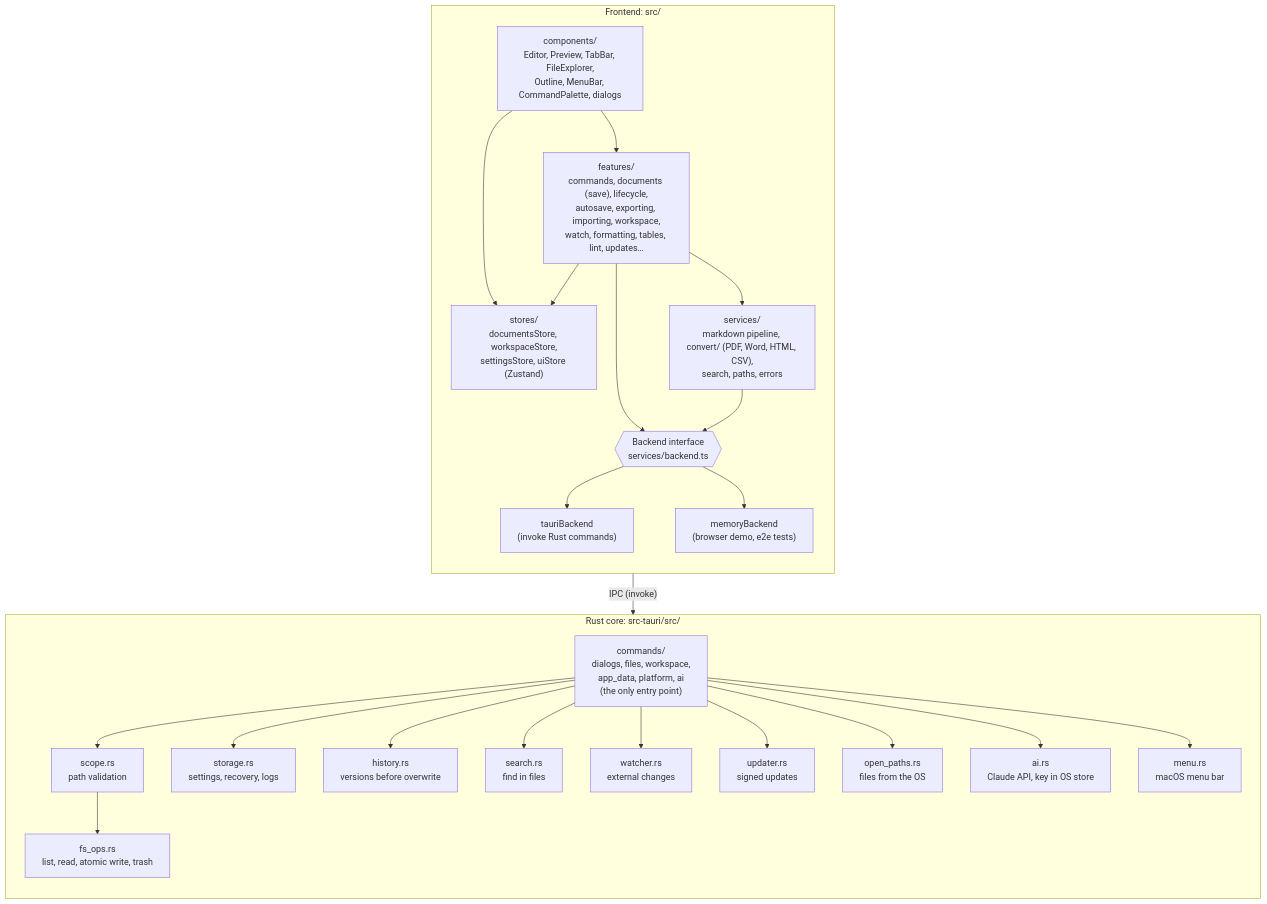
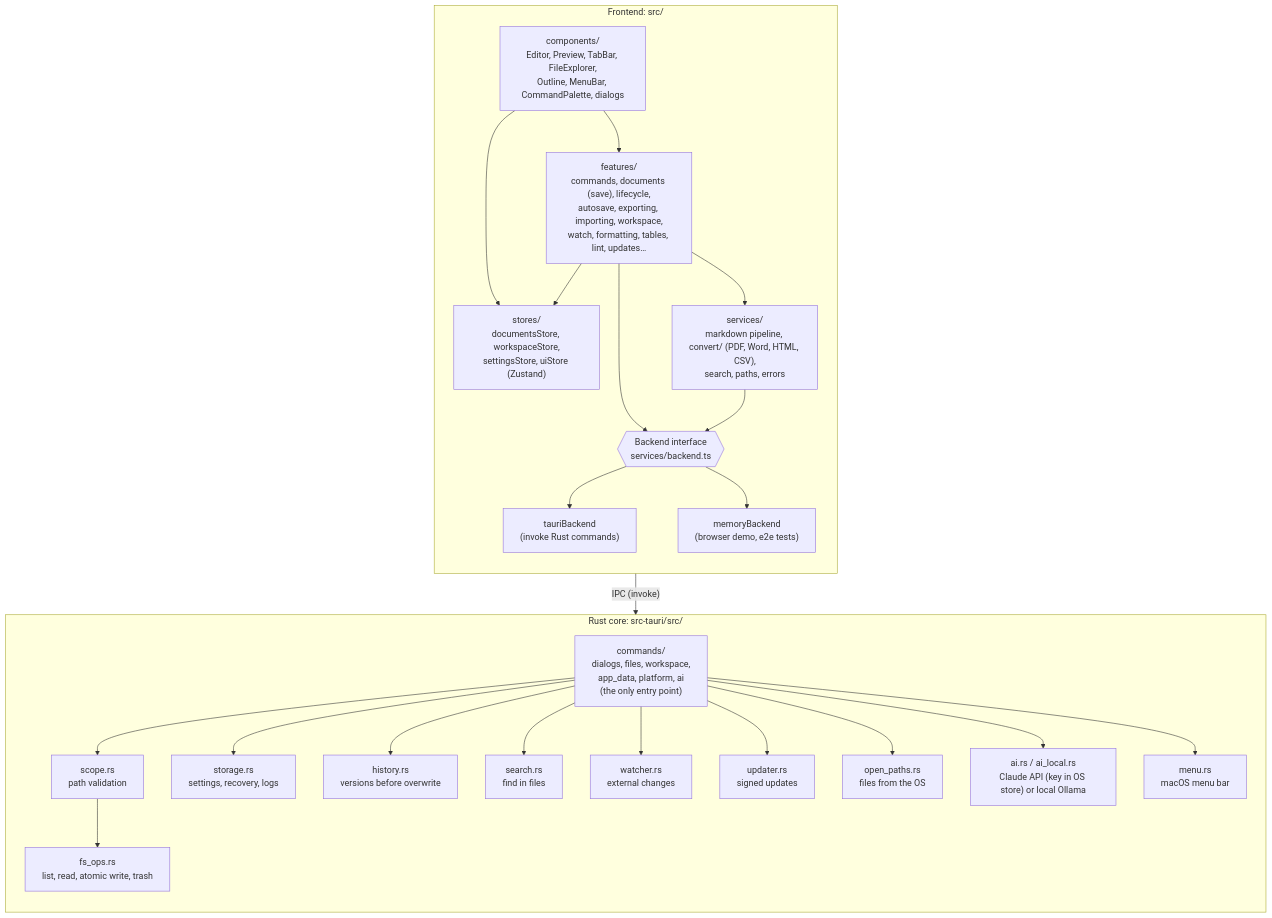
The second of 11 diagrams in docs/DESIGN.md (nasimuddin-dev/markdown-studio), drawn with Mermaid before and after one commit. The commit also changed other lines of this file and 21 other files, not shown here.

Commit message:
AI: local models through Ollama as an alternative to Claude (text stays on the computer)

````diff
--- a/docs/DESIGN.md
+++ b/docs/DESIGN.md
@@ -50,48 +50,48 @@
 ```mermaid
 flowchart TB
   subgraph FE[Frontend: src/]
     direction TB
     C["components/<br/>Editor, Preview, TabBar, FileExplorer,<br/>Outline, MenuBar, CommandPalette, dialogs"]
     F["features/<br/>commands, documents (save), lifecycle,<br/>autosave, exporting, importing, workspace,<br/>watch, formatting, tables, lint, updates…"]
     S["stores/<br/>documentsStore, workspaceStore,<br/>settingsStore, uiStore (Zustand)"]
     SV["services/<br/>markdown pipeline, convert/ (PDF, Word, HTML, CSV),<br/>search, paths, errors"]
     B{{"Backend interface<br/>services/backend.ts"}}
     TB["tauriBackend<br/>(invoke Rust commands)"]
     MB["memoryBackend<br/>(browser demo, e2e tests)"]
     C --> F
     C --> S
     F --> S
     F --> SV
     F --> B
     SV --> B
     B --> TB
     B --> MB
   end
 
   subgraph RS[Rust core: src-tauri/src/]
     direction TB
     CMD["commands/<br/>dialogs, files, workspace,<br/>app_data, platform, ai<br/>(the only entry point)"]
     SC["scope.rs<br/>path validation"]
     FS["fs_ops.rs<br/>list, read, atomic write, trash"]
     ST["storage.rs<br/>settings, recovery, logs"]
     HI["history.rs<br/>versions before overwrite"]
     SE["search.rs<br/>find in files"]
     WA["watcher.rs<br/>external changes"]
     UP["updater.rs<br/>signed updates"]
     OP["open_paths.rs<br/>files from the OS"]
-    AI["ai.rs<br/>Claude API, key in OS store"]
+    AI["ai.rs / ai_local.rs<br/>Claude API (key in OS store) or local Ollama"]
     MN["menu.rs<br/>macOS menu bar"]
     CMD --> SC
     SC --> FS
     CMD --> ST
     CMD --> HI
     CMD --> SE
     CMD --> WA
     CMD --> UP
     CMD --> OP
     CMD --> AI
     CMD --> MN
   end
 
   TB -->|"IPC (invoke)"| CMD
 ```
````
